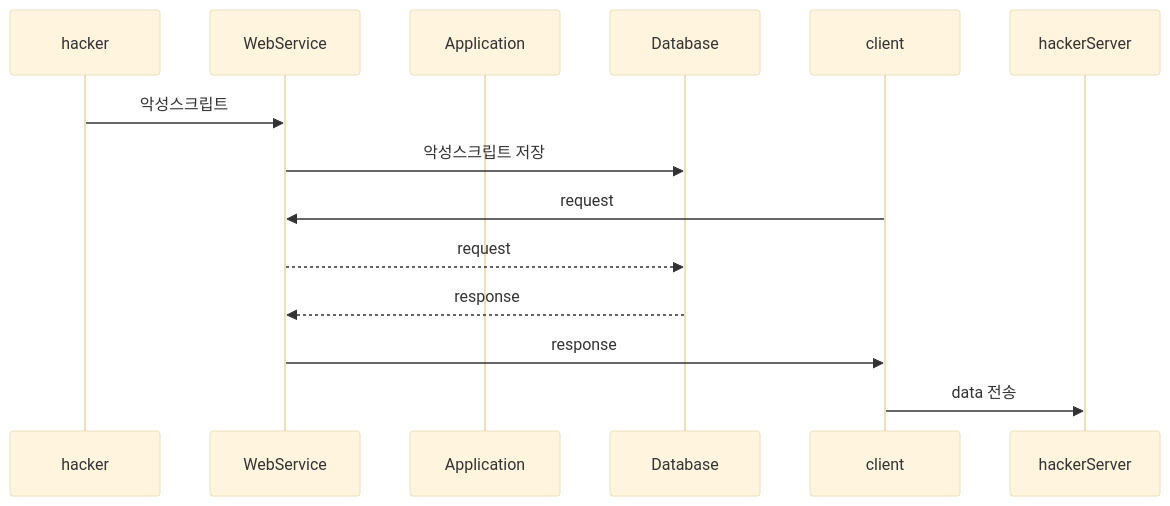
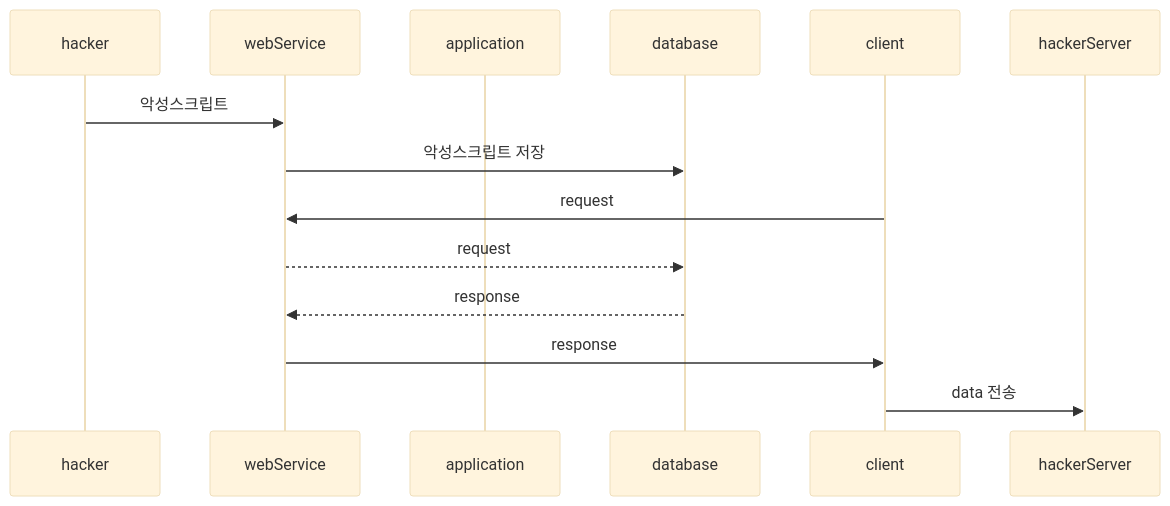
One commit to javython999/web-secure changed the seventh of 8 diagrams in doc/section05.md. Above: the diagram before and after it, drawn with Mermaid (base theme). The commit also changed other lines of this file, not shown here.

````diff
--- a/doc/section05.md
+++ b/doc/section05.md
@@ -81,16 +81,16 @@
 ```mermaid
 sequenceDiagram
     participant hacker
-    participant WebService
-    participant Application
-    participant Database
+    participant webService
+    participant application
+    participant database
     participant client
     participant hackerServer
-    hacker ->> WebService: 악성스크립트
-    WebService ->> Database: 악성스크립트 저장
-    client ->> WebService: request
-    WebService -->> Database: request
-    Database -->> WebService: response
-    WebService ->> client: response
+    hacker ->> webService: 악성스크립트
+    webService ->> database: 악성스크립트 저장
+    client ->> webService: request
+    webService -->> database: request
+    database -->> webService: response
+    webService ->> client: response
     client ->> hackerServer: data 전송
 ```
````
